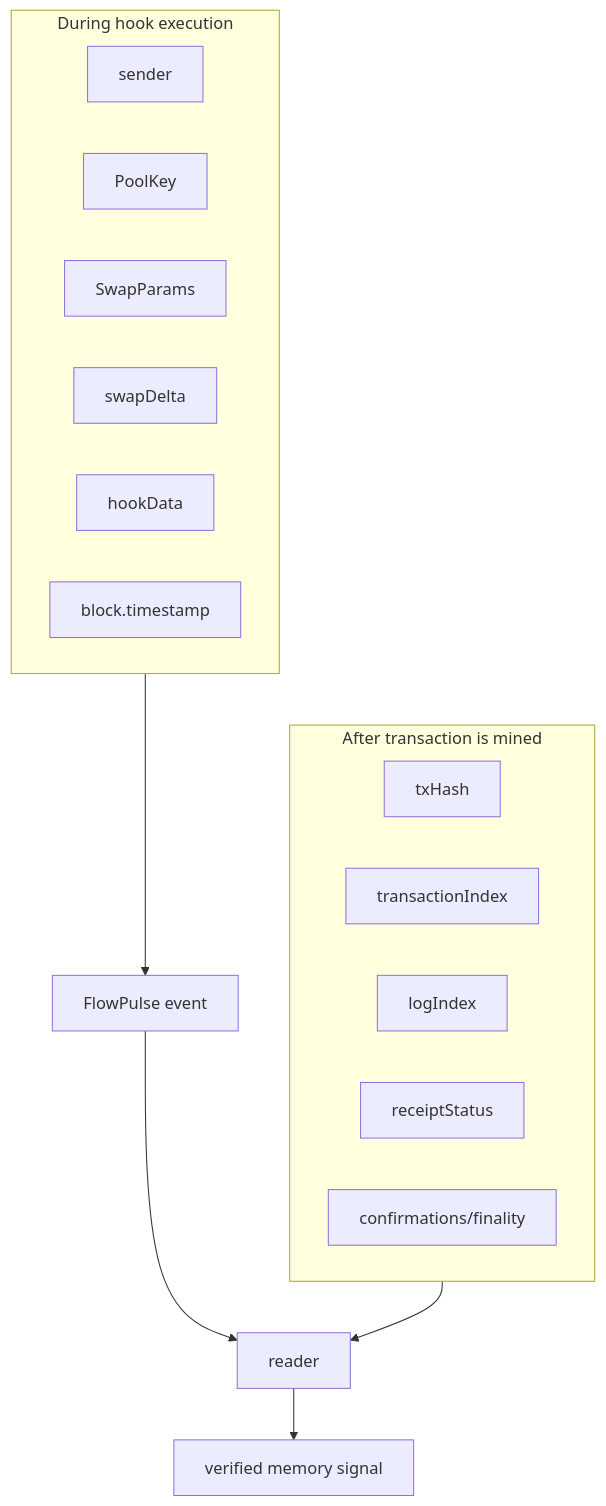
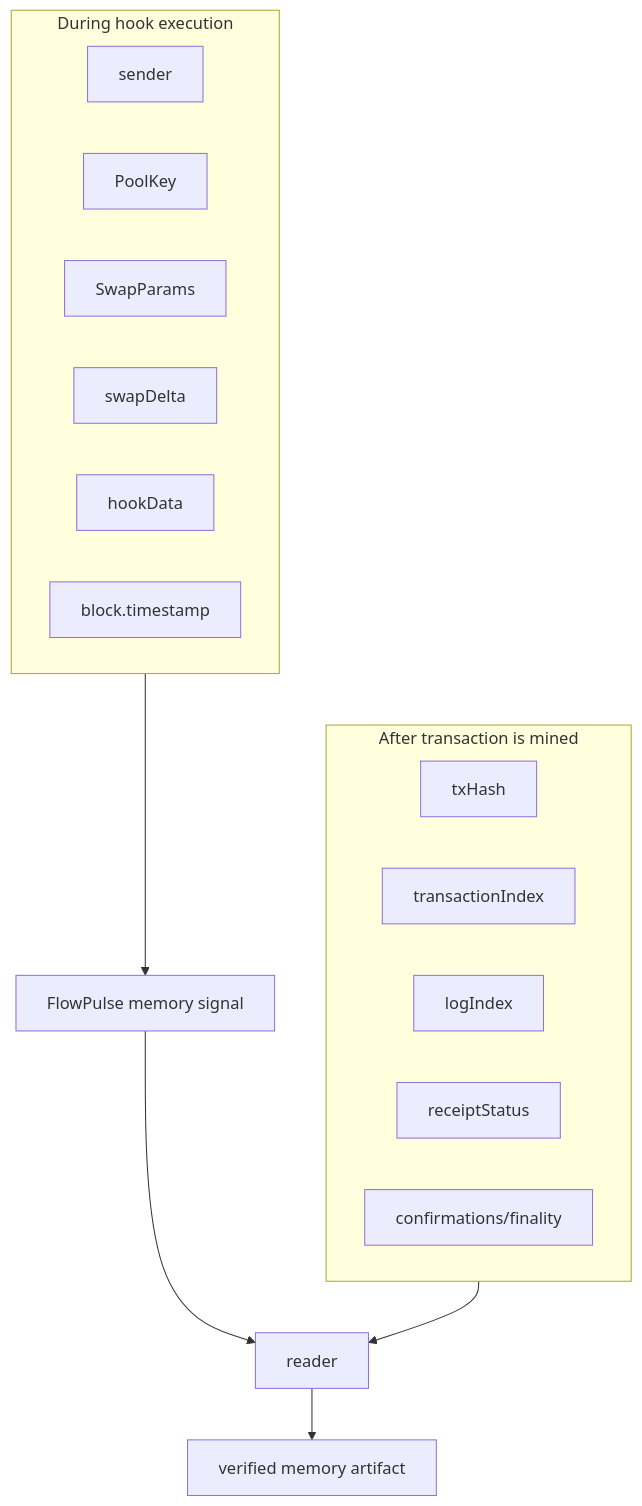
Before and after one commit to FlowmemoryAI/flowmemory-uniswap-v4-hooks: the second of 2 diagrams in docs/WHY_IT_WORKS.md, drawn with Mermaid. The commit also changed other lines of this file and 22 other files, not shown here.

````diff
--- a/docs/WHY_IT_WORKS.md
+++ b/docs/WHY_IT_WORKS.md
@@ -68,24 +89,24 @@
 ```mermaid
 flowchart TB
     subgraph DuringExecution["During hook execution"]
         A["sender"]
         B["PoolKey"]
         C["SwapParams"]
         D["swapDelta"]
         E["hookData"]
         F["block.timestamp"]
     end
 
     subgraph AfterExecution["After transaction is mined"]
         G["txHash"]
         H["transactionIndex"]
         I["logIndex"]
         J["receiptStatus"]
         K["confirmations/finality"]
     end
 
-    DuringExecution --> FlowPulse["FlowPulse event"]
+    DuringExecution --> FlowPulse["FlowPulse memory signal"]
     FlowPulse --> Reader["reader"]
     AfterExecution --> Reader
-    Reader --> Verified["verified memory signal"]
+    Reader --> Verified["verified memory artifact"]
 ```
````
